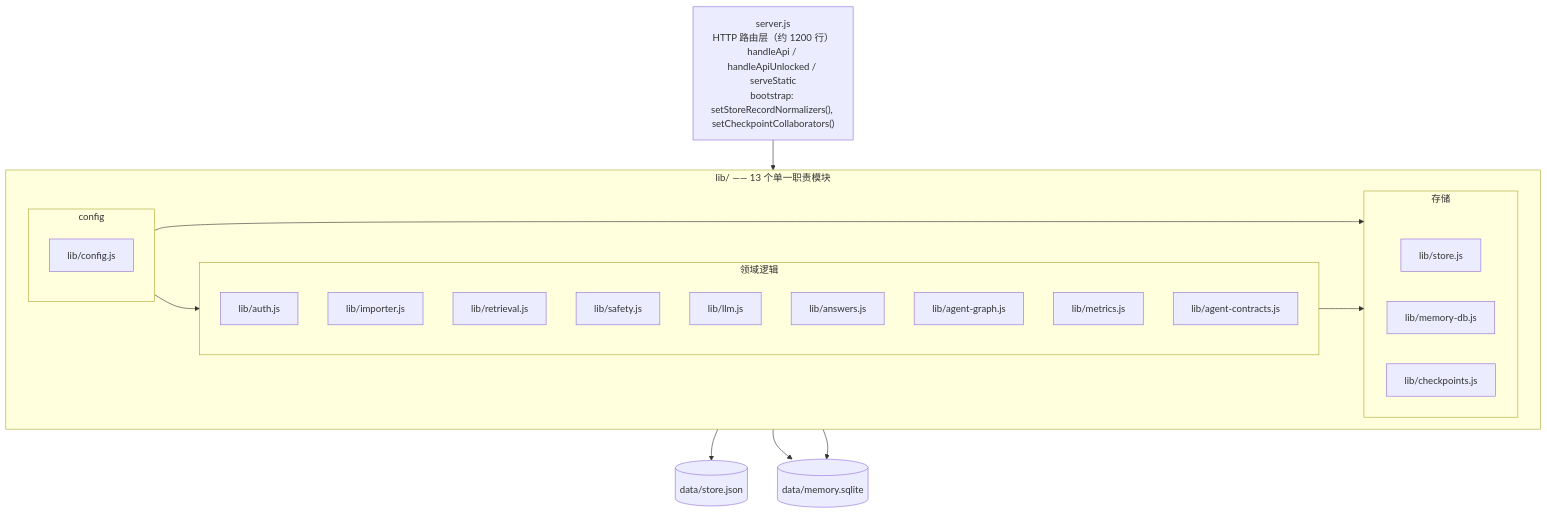
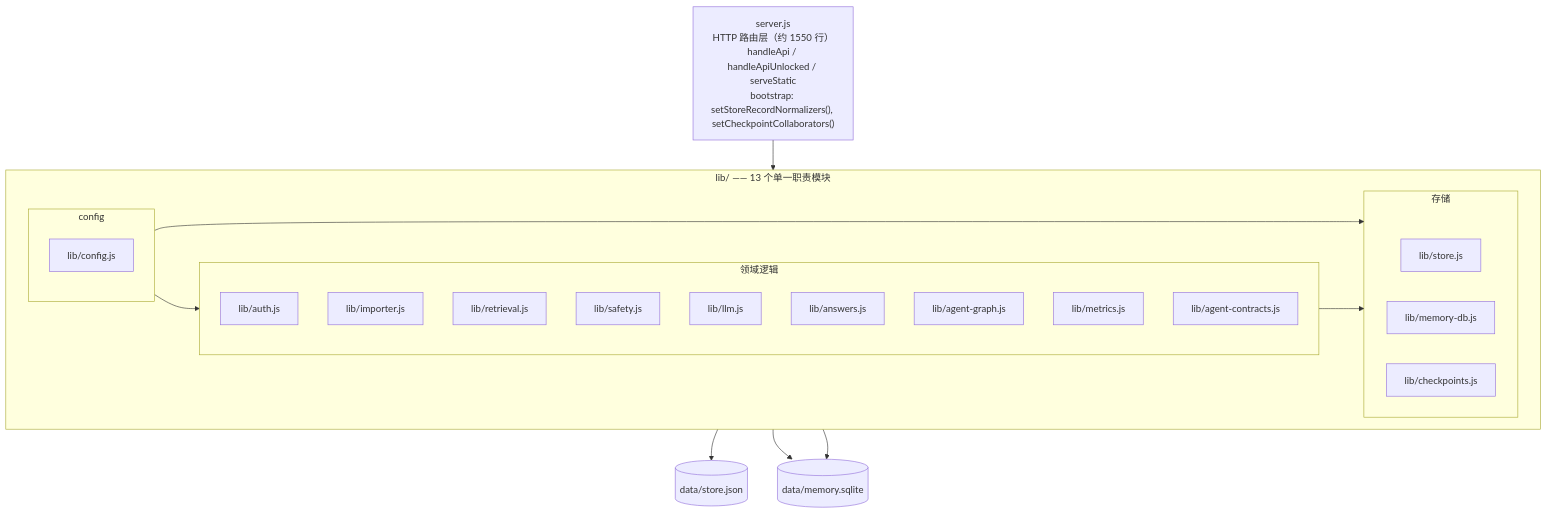
Before and after one commit to yuk1no4090/Repomentor: the first of 2 diagrams in README.zh-CN.md, drawn with Mermaid. The commit also changed other lines of this file and 7 other files, not shown here.

````diff
--- a/README.zh-CN.md
+++ b/README.zh-CN.md
@@ -34,38 +34,38 @@
 ```mermaid
 flowchart TD
-    HTTP["server.js<br/>HTTP 路由层（约 1200 行）<br/>handleApi / handleApiUnlocked / serveStatic<br/>bootstrap: setStoreRecordNormalizers(), setCheckpointCollaborators()"]
+    HTTP["server.js<br/>HTTP 路由层（约 1550 行）<br/>handleApi / handleApiUnlocked / serveStatic<br/>bootstrap: setStoreRecordNormalizers(), setCheckpointCollaborators()"]
 
     subgraph LIB["lib/ —— 13 个单一职责模块"]
         direction LR
         subgraph CFG["config"]
             C1["lib/config.js"]
         end
         subgraph STORE["存储"]
             S1["lib/store.js"]
             S2["lib/memory-db.js"]
             S3["lib/checkpoints.js"]
         end
         subgraph DOMAIN["领域逻辑"]
             D1["lib/auth.js"]
             D2["lib/importer.js"]
             D3["lib/retrieval.js"]
             D4["lib/safety.js"]
             D5["lib/llm.js"]
             D6["lib/answers.js"]
             D7["lib/agent-graph.js"]
             D8["lib/metrics.js"]
             D9["lib/agent-contracts.js"]
         end
     end
 
     DATA1[("data/store.json")]
     DATA2[("data/memory.sqlite")]
 
     HTTP --> LIB
     CFG --> STORE
     CFG --> DOMAIN
     DOMAIN --> STORE
     S1 --> DATA1
     S2 --> DATA2
     S3 --> DATA2
 ```
````
